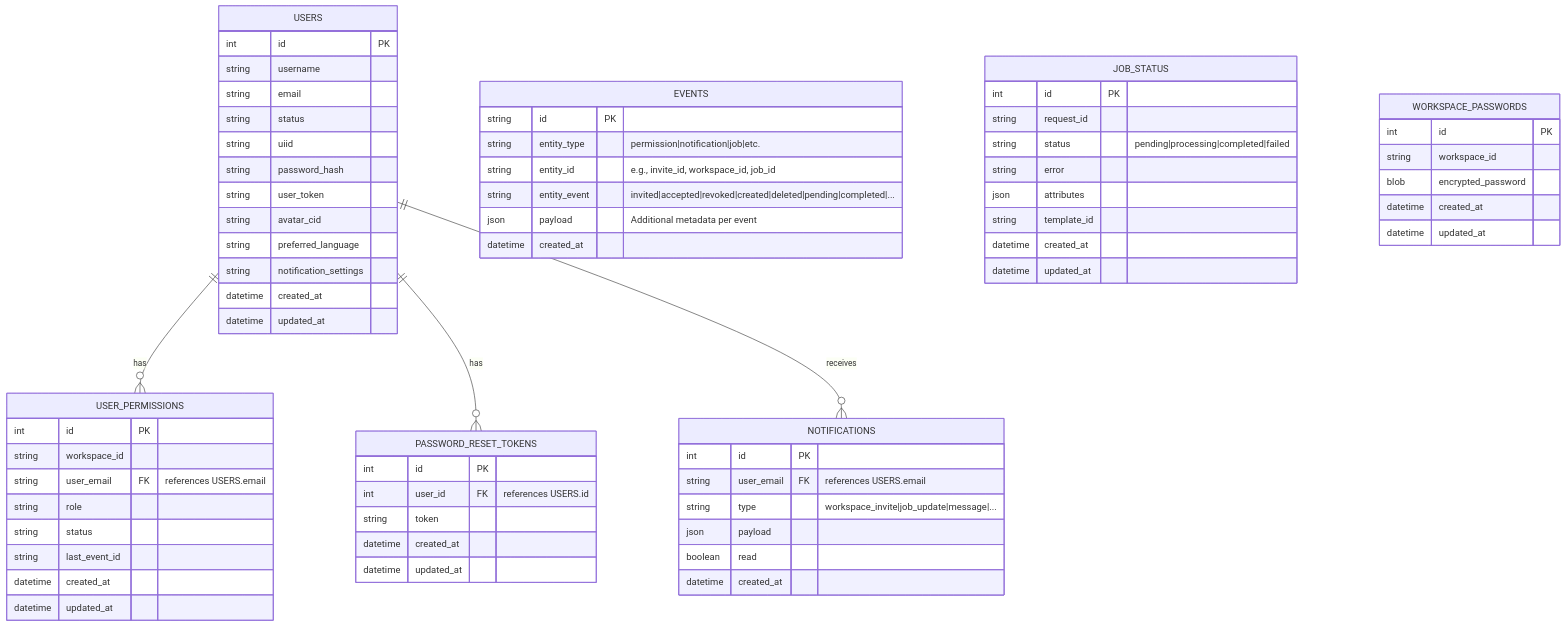
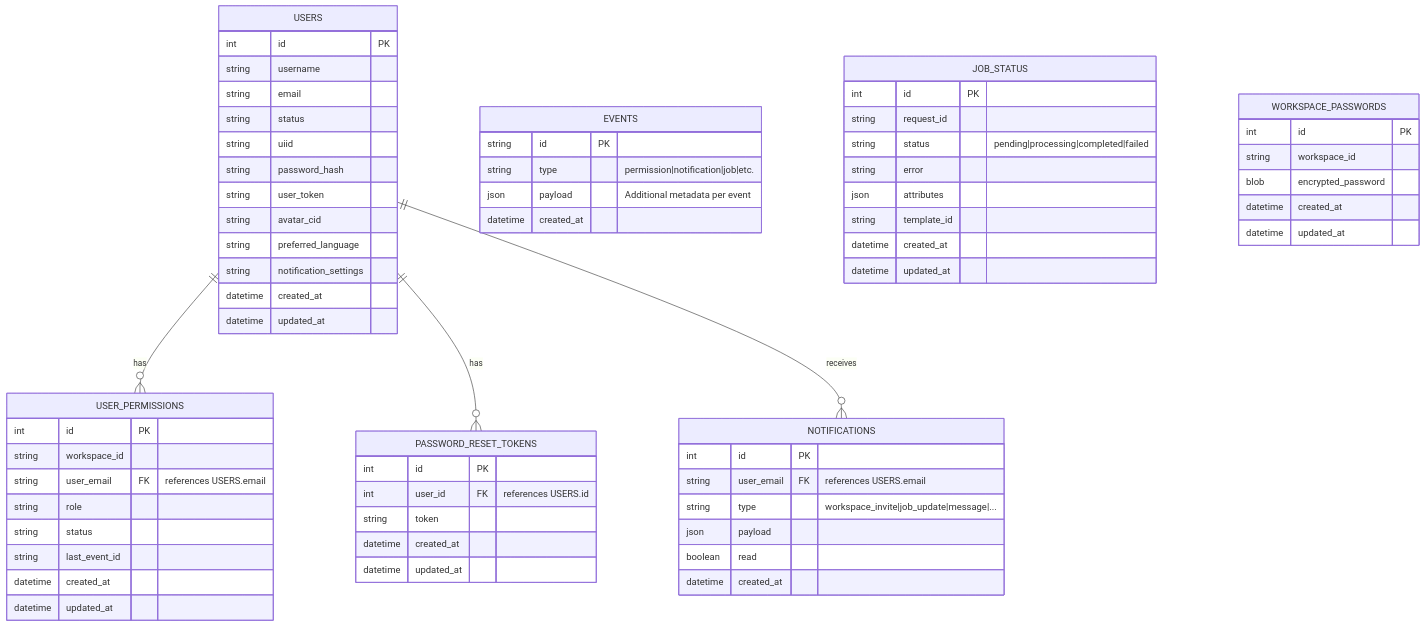
One commit to openkfw/TruSpace changed the diagram in doc/Architecture/workflows/proposed/#292-Private-workspace-permissions-across-IPFS-nodes/292-database-diagramm.mmd. Above: the diagram before and after it, drawn with Mermaid. The commit also changed 10 other files, not shown here.

Commit message:
feat(events): sync new permission events with every user in a workspace

```diff
--- a/doc/Architecture/workflows/proposed/#292-Private-workspace-permissions-across-IPFS-nodes/292-database-diagramm.mmd
+++ b/doc/Architecture/workflows/proposed/#292-Private-workspace-permissions-across-IPFS-nodes/292-database-diagramm.mmd
@@ -1,86 +1,84 @@
 erDiagram
     %% Users table
     USERS {
         int id PK
         string username
         string email
         string status
         string uiid
         string password_hash
         string user_token
         string avatar_cid
         string preferred_language
         string notification_settings
         datetime created_at
         datetime updated_at
     }
 
     %% Permissions (materialized)
     USER_PERMISSIONS {
         int id PK
         string workspace_id
         string user_email FK "references USERS.email"
         string role
         string status
         string last_event_id
         datetime created_at
         datetime updated_at
     }
 
     %% Generic event log
     EVENTS {
         string id PK
-        string entity_type "permission|notification|job|etc."
-        string entity_id "e.g., invite_id, workspace_id, job_id"
-        string entity_event "invited|accepted|revoked|created|deleted|pending|completed|..."
+        string type "permission|notification|job|etc."
         json payload "Additional metadata per event"
         datetime created_at
     }
 
     %% Notifications
     NOTIFICATIONS {
         int id PK
         string user_email FK "references USERS.email"
         string type "workspace_invite|job_update|message|..."
         json payload
         boolean read
         datetime created_at
     }
 
     %% AI / Job status
     JOB_STATUS {
         int id PK
         string request_id
         string status "pending|processing|completed|failed"
         string error
         json attributes
         string template_id
         datetime created_at
         datetime updated_at
     }
 
     %% Workspace passwords
     WORKSPACE_PASSWORDS {
         int id PK
         string workspace_id
         blob encrypted_password
         datetime created_at
         datetime updated_at
     }
 
     %% Password reset tokens
     PASSWORD_RESET_TOKENS {
         int id PK
         int user_id FK "references USERS.id"
         string token
         datetime created_at
         datetime updated_at
     }
 
     %% Relationships
     USERS ||--o{ USER_PERMISSIONS : "has"
     USERS ||--o{ PASSWORD_RESET_TOKENS : "has"
     USERS ||--o{ NOTIFICATIONS : "receives"
 
     %% Notes for constraints (Mermaid style)
     %% USER_PERMISSIONS "Unique constraint: workspace_id + node_id + user_id"
```
